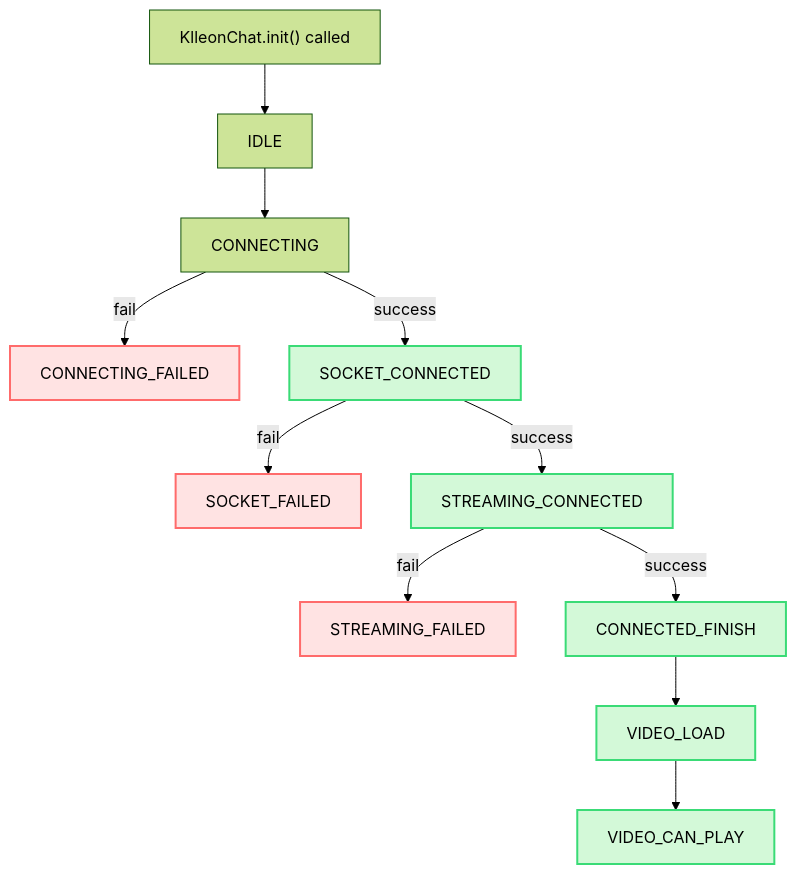
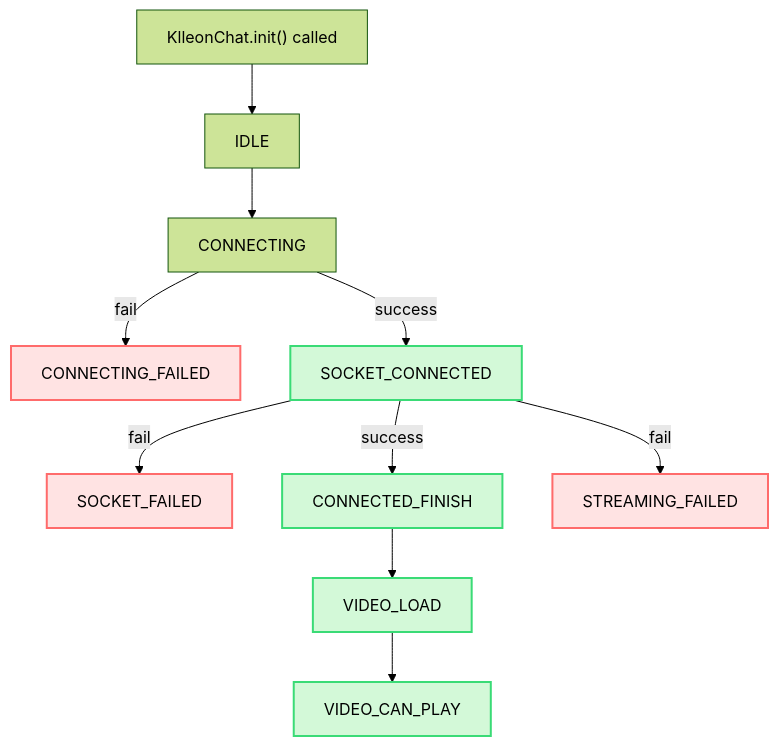
Before and after one commit to klleon/web-sdk-docs: the third of 4 diagrams in i18n/en/docusaurus-plugin-content-docs/current/03-usage/03-sdk-event.mdx, drawn with Mermaid (forest theme). The commit also changed other lines of this file and 116 other files, not shown here.

````diff
--- a/i18n/en/docusaurus-plugin-content-docs/current/03-usage/03-sdk-event.mdx
+++ b/i18n/en/docusaurus-plugin-content-docs/current/03-usage/03-sdk-event.mdx
@@ -158,20 +158,19 @@
 ```mermaid
 flowchart TD
     INIT["KlleonChat.init() called"] --> A[IDLE]
     A --> B[CONNECTING]
     B -->|fail| C[CONNECTING_FAILED]
     B -->|success| D[SOCKET_CONNECTED]
     D -->|fail| I[SOCKET_FAILED]
-    D -->|success| E[STREAMING_CONNECTED]
-    E -->|fail| J[STREAMING_FAILED]
-    E -->|success| H[CONNECTED_FINISH]
+    D -->|success| H[CONNECTED_FINISH]
+    D -->|fail| J[STREAMING_FAILED]
     H --> F[VIDEO_LOAD]
     F --> G[VIDEO_CAN_PLAY]
 
     %% Style
     classDef success fill:#d3f9d8,stroke:#3adb76,stroke-width:2px,color:#000;
     classDef failure fill:#ffe3e3,stroke:#ff6b6b,stroke-width:2px,color:#000;
 
-    class D,E,H,F,G success;
+    class D,H,F,G success;
     class C,I,J failure;
 ```
````
